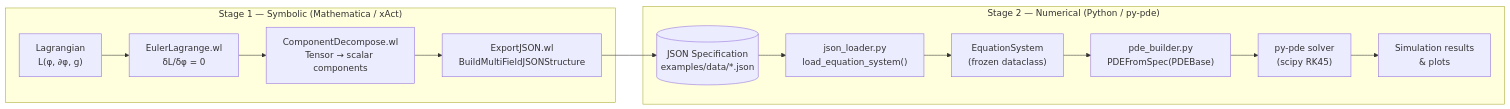
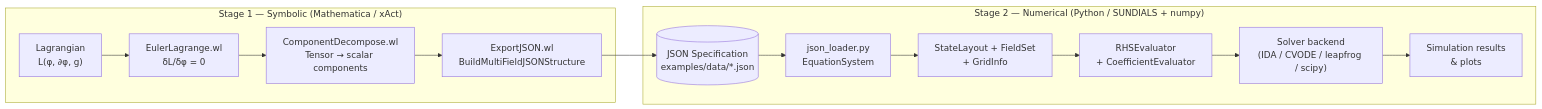
The first of 5 diagrams in docs/architecture/README.md (WilliamRoyce/tidal), drawn with Mermaid before and after one commit. The commit also changed other lines of this file and 10 other files, not shown here.

````diff
--- a/docs/architecture/README.md
+++ b/docs/architecture/README.md
@@ -15,18 +15,18 @@
 ```mermaid
 flowchart LR
     subgraph stage1["Stage 1 — Symbolic (Mathematica / xAct)"]
         L["Lagrangian<br/>L(φ, ∂φ, g)"] --> EL["EulerLagrange.wl<br/>δL/δφ = 0"]
         EL --> CD["ComponentDecompose.wl<br/>Tensor → scalar components"]
         CD --> EJ["ExportJSON.wl<br/>BuildMultiFieldJSONStructure"]
     end
 
     EJ --> JSON[("JSON Specification<br/>examples/data/*.json")]
 
-    subgraph stage2["Stage 2 — Numerical (Python / py-pde)"]
-        JSON --> JL["json_loader.py<br/>load_equation_system()"]
-        JL --> ES["EquationSystem<br/>(frozen dataclass)"]
-        ES --> PB["pde_builder.py<br/>PDEFromSpec(PDEBase)"]
-        PB --> SOLVE["py-pde solver<br/>(scipy RK45)"]
+    subgraph stage2["Stage 2 — Numerical (Python / SUNDIALS + numpy)"]
+        JSON --> JL["json_loader.py<br/>EquationSystem"]
+        JL --> SL["StateLayout + FieldSet<br/>+ GridInfo"]
+        SL --> RHS["RHSEvaluator<br/>+ CoefficientEvaluator"]
+        RHS --> SOLVE["Solver backend<br/>(IDA / CVODE / leapfrog / scipy)"]
         SOLVE --> OUT["Simulation results<br/>& plots"]
     end
 ```
````
